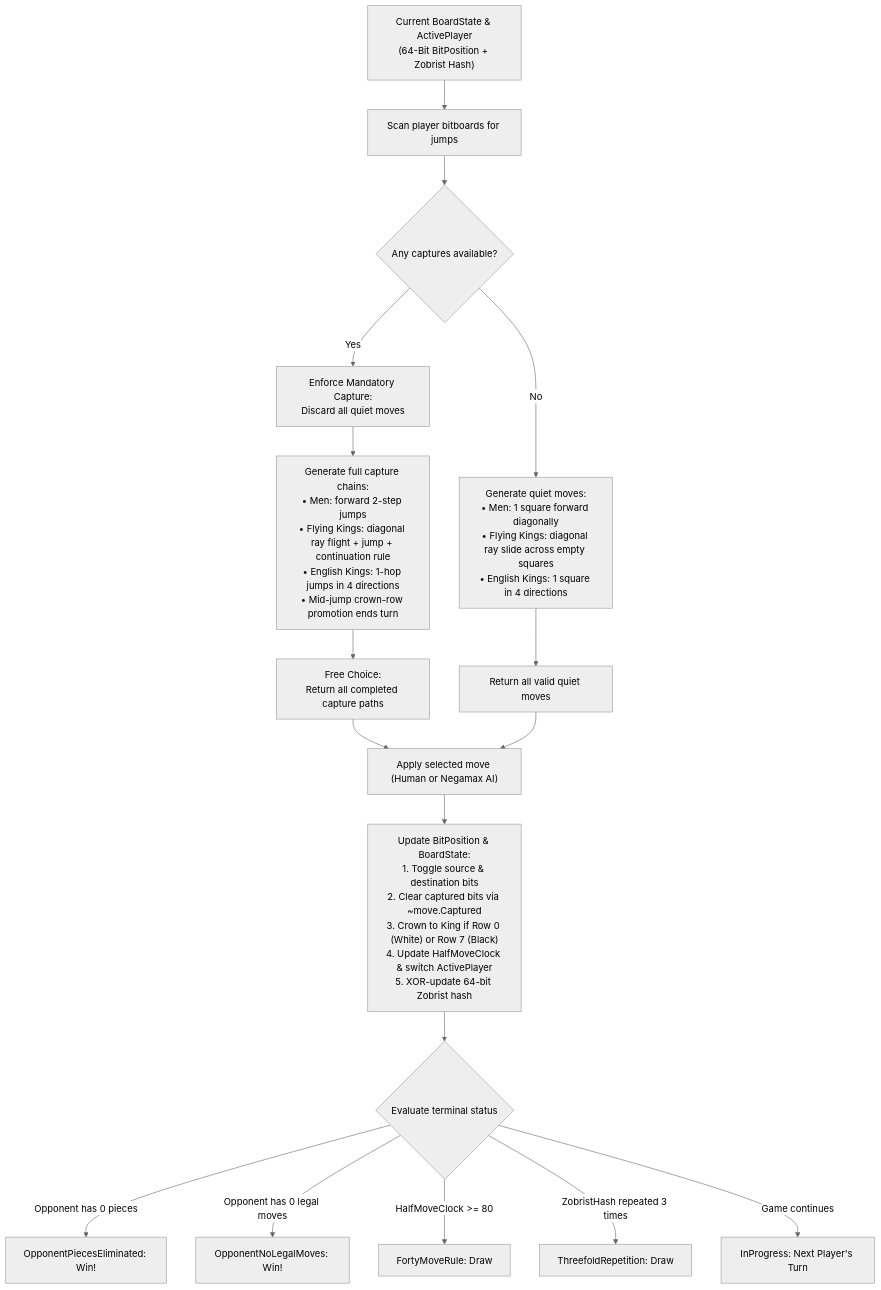
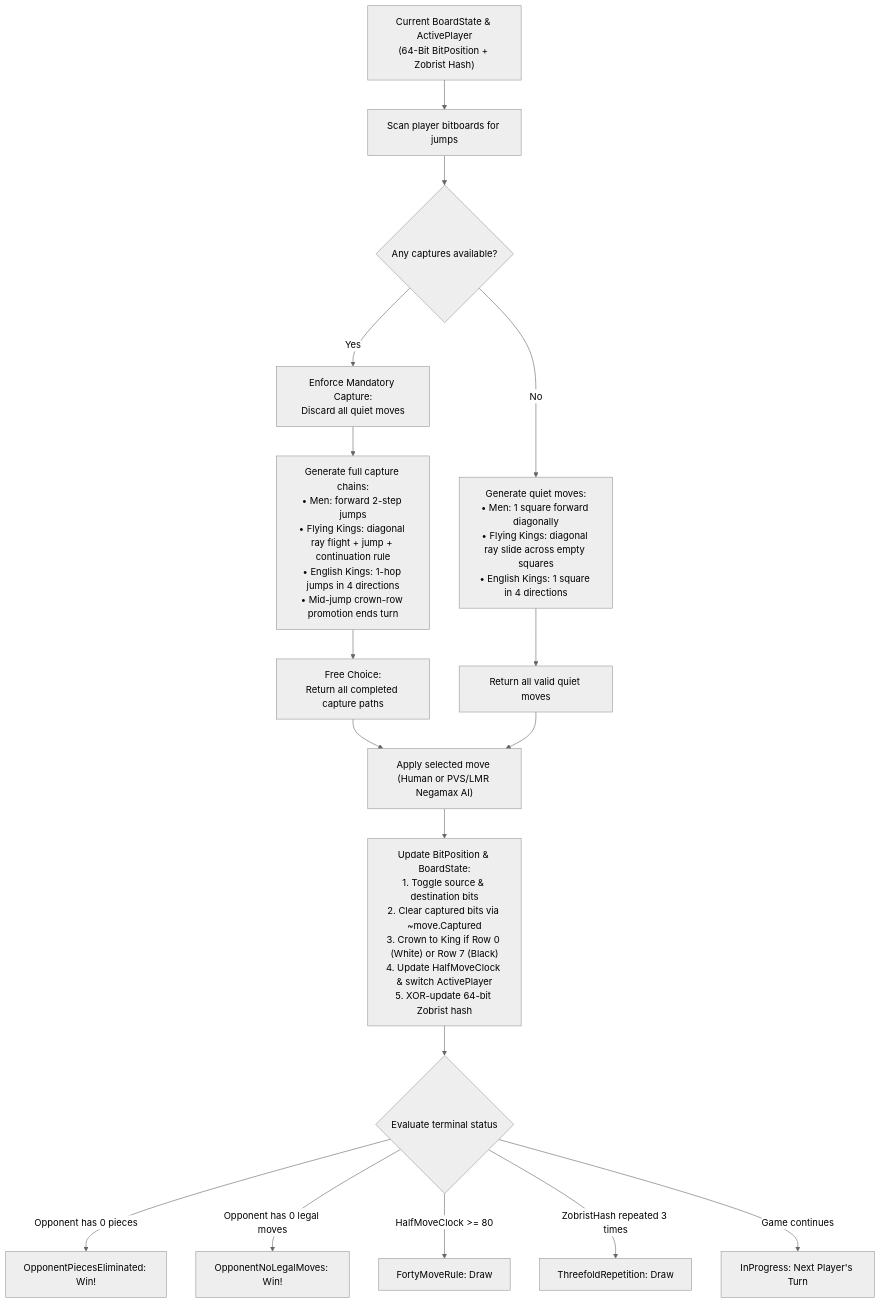
The first of 2 diagrams in docs/brain/README.md (cjp-dev/Checkers), drawn with Mermaid (neutral theme) before and after one commit. The commit also changed other lines of this file and 17 other files, not shown here.

````diff
--- a/docs/brain/README.md
+++ b/docs/brain/README.md
@@ -20,24 +20,24 @@
 ```mermaid
 flowchart TD
-    Start["Current BoardState & ActivePlayer<br/>(64-Bit BitPosition + Zobrist Hash)"] --> ScanCaptures["Scan player bitboards for jumps"]
+    Start["Current BoardState &amp; ActivePlayer<br/>(64-Bit BitPosition + Zobrist Hash)"] --> ScanCaptures["Scan player bitboards for jumps"]
     ScanCaptures --> HasCaptures{"Any captures available?"}
     
     HasCaptures -- "Yes" --> MandatoryRule["Enforce Mandatory Capture:<br/>Discard all quiet moves"]
     MandatoryRule --> GenCaptures["Generate full capture chains:<br/>• Men: forward 2-step jumps<br/>• Flying Kings: diagonal ray flight + jump + continuation rule<br/>• English Kings: 1-hop jumps in 4 directions<br/>• Mid-jump crown-row promotion ends turn"]
     GenCaptures --> FreeChoice["Free Choice:<br/>Return all completed capture paths"]
     
     HasCaptures -- "No" --> ScanQuiet["Generate quiet moves:<br/>• Men: 1 square forward diagonally<br/>• Flying Kings: diagonal ray slide across empty squares<br/>• English Kings: 1 square in 4 directions"]
     ScanQuiet --> ReturnQuiet["Return all valid quiet moves"]
     
-    FreeChoice --> ApplyMove["Apply selected move (Human or Negamax AI)"]
+    FreeChoice --> ApplyMove["Apply selected move (Human or PVS/LMR Negamax AI)"]
     ReturnQuiet --> ApplyMove
     
-    ApplyMove --> Mutate["Update BitPosition & BoardState:<br/>1. Toggle source & destination bits<br/>2. Clear captured bits via ~move.Captured<br/>3. Crown to King if Row 0 (White) or Row 7 (Black)<br/>4. Update HalfMoveClock & switch ActivePlayer<br/>5. XOR-update 64-bit Zobrist hash"]
+    ApplyMove --> Mutate["Update BitPosition &amp; BoardState:<br/>1. Toggle source &amp; destination bits<br/>2. Clear captured bits via ~move.Captured<br/>3. Crown to King if Row 0 (White) or Row 7 (Black)<br/>4. Update HalfMoveClock &amp; switch ActivePlayer<br/>5. XOR-update 64-bit Zobrist hash"]
     
     Mutate --> CheckEnd{"Evaluate terminal status"}
     CheckEnd -- "Opponent has 0 pieces" --> WinElim["OpponentPiecesEliminated: Win!"]
     CheckEnd -- "Opponent has 0 legal moves" --> WinBlock["OpponentNoLegalMoves: Win!"]
     CheckEnd -- "HalfMoveClock >= 80" --> Draw40["FortyMoveRule: Draw"]
     CheckEnd -- "ZobristHash repeated 3 times" --> DrawRep["ThreefoldRepetition: Draw"]
     CheckEnd -- "Game continues" --> NextTurn["InProgress: Next Player's Turn"]
 ```
````
